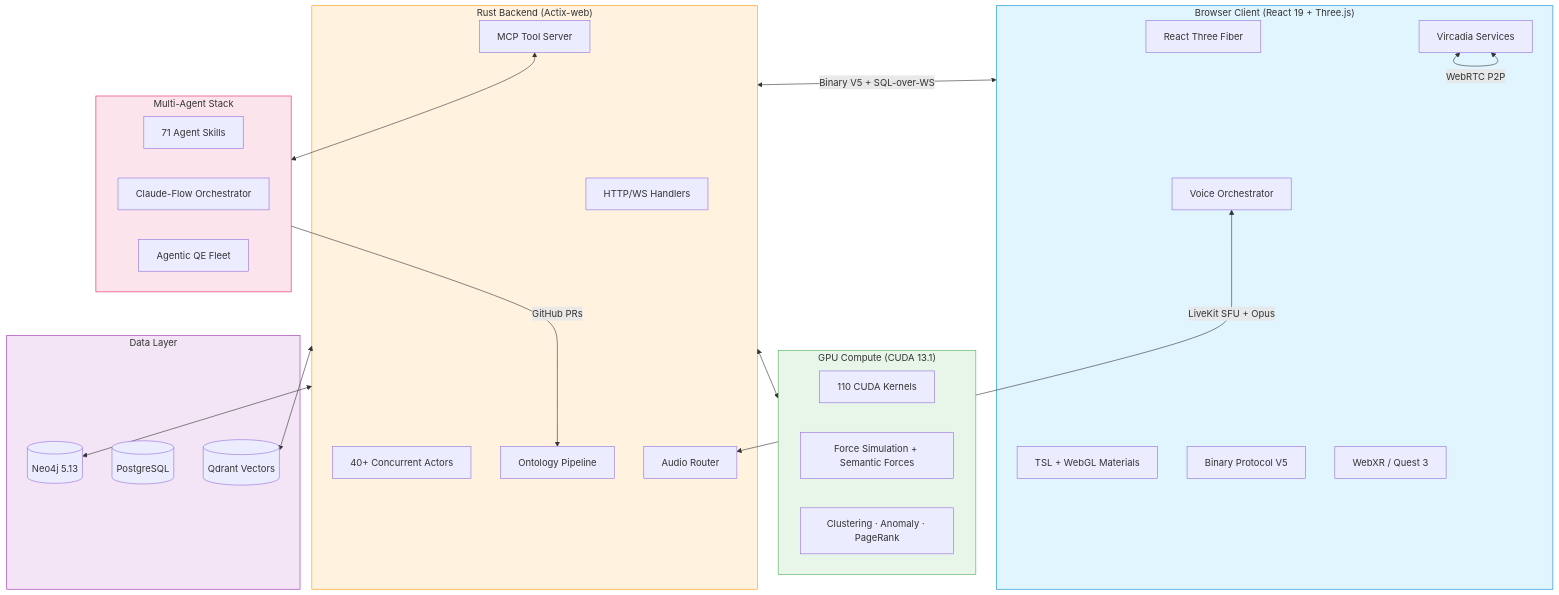
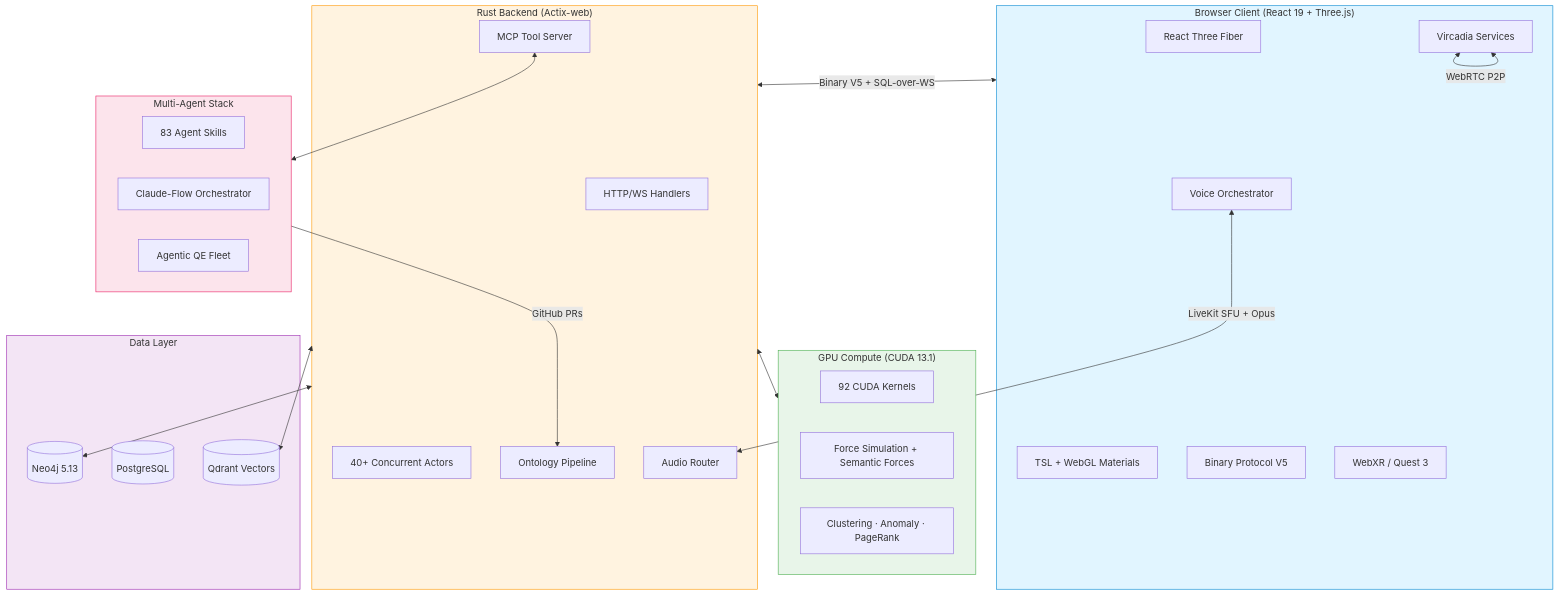
Before and after one commit to shaneholloman/logseq-spring-thing: the fourth of 5 diagrams in README.md, drawn with Mermaid. The commit also changed other lines of this file and 14 other files, not shown here.

````diff
--- a/README.md
+++ b/README.md
@@ -388,52 +393,52 @@
 ```mermaid
 flowchart TB
     subgraph Client["Browser Client (React 19 + Three.js)"]
         R3F["React Three Fiber"]
         Materials["TSL + WebGL Materials"]
         BinProto["Binary Protocol V5"]
         Voice["Voice Orchestrator"]
         XR["WebXR / Quest 3"]
         Vircadia["Vircadia Services"]
     end
 
     subgraph Server["Rust Backend (Actix-web)"]
         Handlers["HTTP/WS Handlers"]
         Actors["40+ Concurrent Actors"]
         Services["Ontology Pipeline"]
         AudioRouter["Audio Router"]
         MCP["MCP Tool Server"]
     end
 
     subgraph Data["Data Layer"]
         Neo4j[(Neo4j 5.13)]
         PG[(PostgreSQL)]
         Qdrant[(Qdrant Vectors)]
     end
 
     subgraph GPU["GPU Compute (CUDA 13.1)"]
-        Kernels["110 CUDA Kernels"]
+        Kernels["92 CUDA Kernels"]
         Physics["Force Simulation + Semantic Forces"]
         Analytics["Clustering · Anomaly · PageRank"]
     end
 
     subgraph Agents["Multi-Agent Stack"]
-        Skills["71 Agent Skills"]
+        Skills["83 Agent Skills"]
         ClaudeFlow["Claude-Flow Orchestrator"]
         AgenticQE["Agentic QE Fleet"]
     end
 
     Client <-->|"Binary V5 + SQL-over-WS"| Server
     Voice <-->|"LiveKit SFU + Opus"| AudioRouter
     Vircadia <-->|"WebRTC P2P"| Vircadia
     Server <--> Neo4j
     Server <--> Qdrant
     Server <--> GPU
     MCP <--> Agents
     Agents -->|"GitHub PRs"| Services
 
     style Client fill:#e1f5ff,stroke:#0288d1
     style Server fill:#fff3e0,stroke:#ff9800
     style Data fill:#f3e5f5,stroke:#9c27b0
     style GPU fill:#e8f5e9,stroke:#4caf50
     style Agents fill:#fce4ec,stroke:#e91e63
 ```
````
